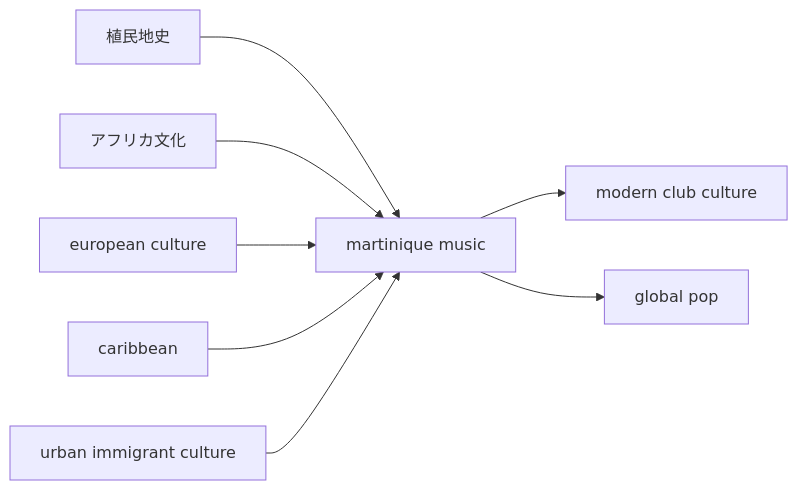
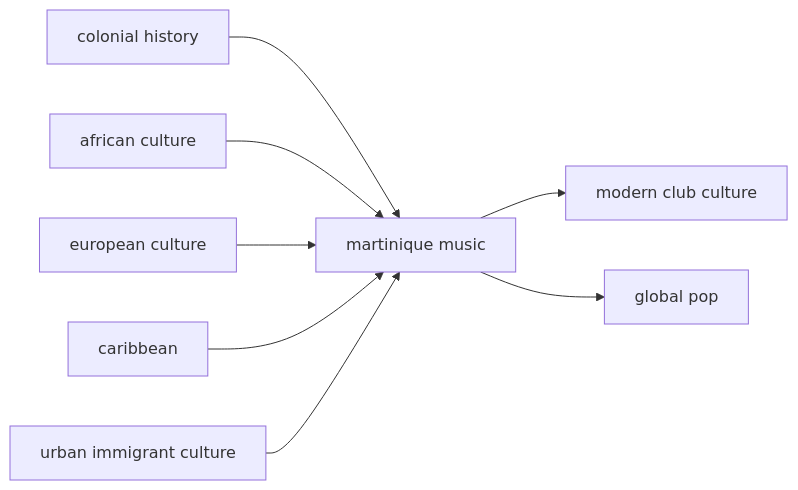
Before and after one commit to monumental-movement/monumental-movement.github.io: diagram 11 of 11 in en/_posts/2026-05-16-column-martinique.md, drawn with Mermaid. The commit also changed other lines of this file and 423 other files, not shown here.

```diff
--- a/en/_posts/2026-05-16-column-martinique.md
+++ b/en/_posts/2026-05-16-column-martinique.md
@@ -477,15 +477,15 @@
 <div class="mermaid">
 flowchart LR
-A[植民地史]
-B[アフリカ文化]
+A[colonial history]
+B[african culture]
 C[european culture]
 D[caribbean]
 E[urban immigrant culture]
 A --> F[martinique music]
 B --> F
 C --> F
 D --> F
 E --> F
 F --> G[modern club culture]
 F --> H[global pop]
 </div>
```
